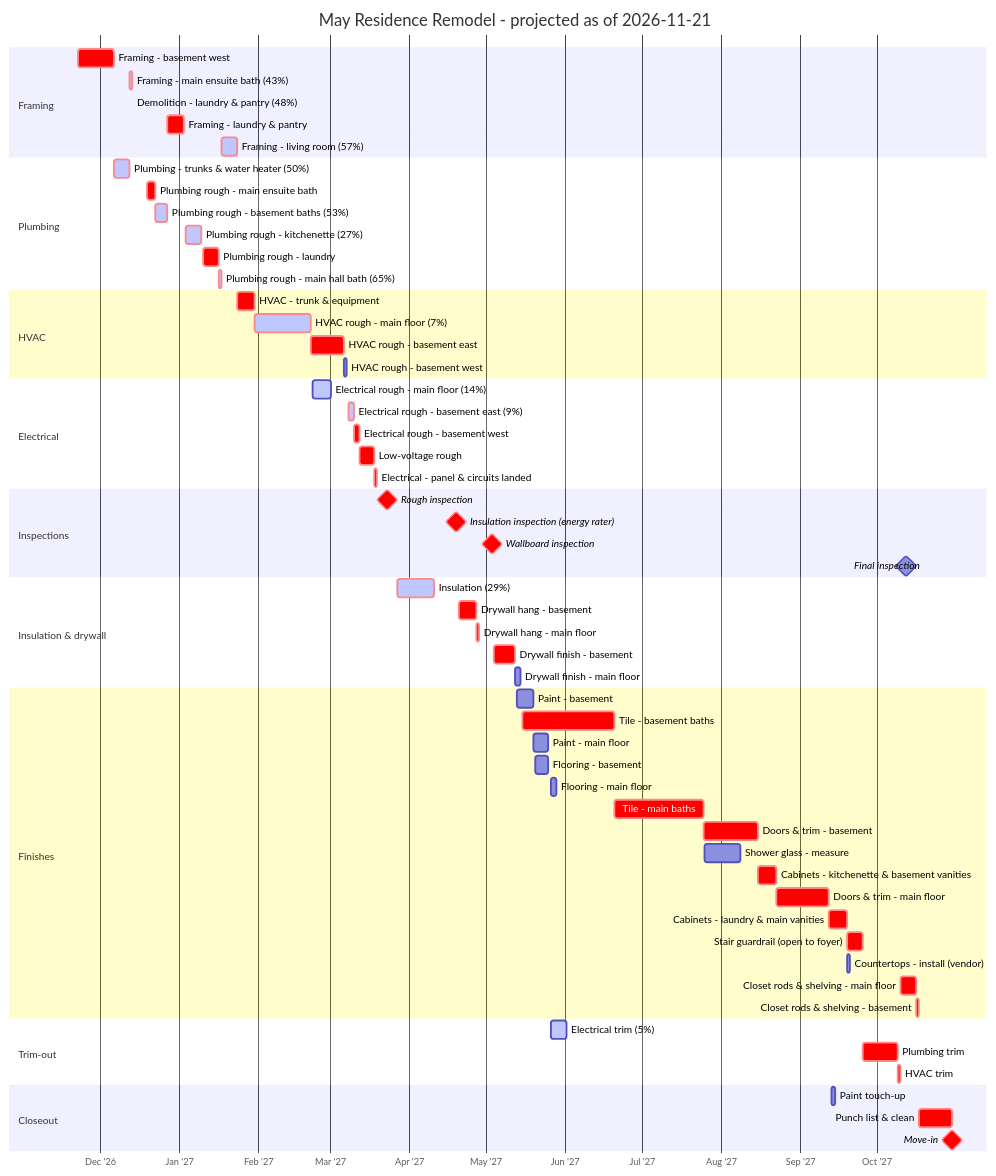
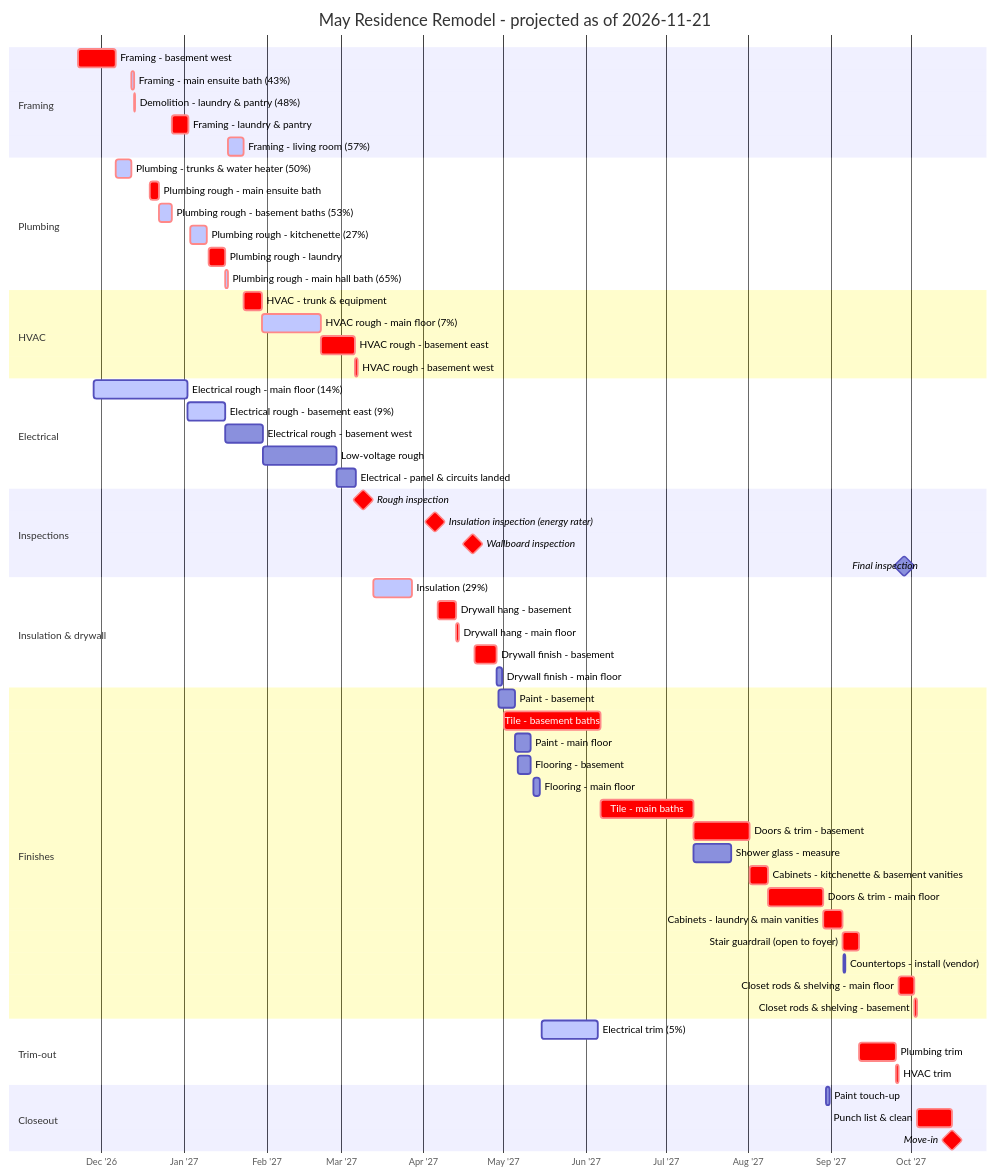
One commit to jsharkey/billings changed the diagram in SCHEDULE.md. Above: the diagram before and after it, drawn with Mermaid. The commit also changed other lines of this file and 2 other files, not shown here.

First line of the commit message:
Electrician on Saturdays, rough-in running parallel to other trades

````diff
--- a/SCHEDULE.md
+++ b/SCHEDULE.md
@@ -17,67 +17,67 @@
 ```mermaid
 gantt
     title May Residence Remodel - projected as of 2026-11-21
     dateFormat YYYY-MM-DD HH:mm
     axisFormat %b '%y
     tickInterval 1month
     todayMarker off
     section Framing
     Framing - basement west :crit, fram_bsmt_west, 2026-11-22 08:00, 2026-12-06 08:24
     Framing - main ensuite bath (43%) :active, crit, fram_main_s_bath, 2026-12-12 12:24, 2026-12-13 10:48
     Demolition - laundry & pantry (48%) :active, crit, demo_main_laundry, 2026-12-13 10:48, 2026-12-13 16:00
     Framing - laundry & pantry :crit, fram_main_laundry, 2026-12-27 10:00, 2027-01-02 16:00
     Framing - living room (57%) :active, crit, fram_main_living, 2027-01-17 13:00, 2027-01-23 12:12
     section Plumbing
     Plumbing - trunks & water heater (50%) :active, crit, plum_house, 2026-12-06 08:24, 2026-12-12 12:24
     Plumbing rough - main ensuite bath :crit, plum_main_s_bath, 2026-12-19 08:00, 2026-12-22 14:00
     Plumbing rough - basement baths (53%) :active, crit, plum_bsmt_baths, 2026-12-22 14:00, 2026-12-27 10:00
     Plumbing rough - kitchenette (27%) :active, crit, plum_bsmt_kitchenette, 2027-01-03 08:00, 2027-01-09 16:00
     Plumbing rough - laundry :crit, plum_main_laundry, 2027-01-10 08:00, 2027-01-16 12:00
     Plumbing rough - main hall bath (65%) :active, crit, plum_main_n_bath, 2027-01-16 12:00, 2027-01-17 13:00
     section HVAC
     HVAC - trunk & equipment :crit, hvac_house, 2027-01-23 12:12, 2027-01-30 12:12
     HVAC rough - main floor (7%) :active, crit, hvac_main, 2027-01-30 12:12, 2027-02-21 12:12
     HVAC rough - basement east :crit, hvac_bsmt_east, 2027-02-21 12:12, 2027-03-06 12:12
-    HVAC rough - basement west :hvac_bsmt_west, 2027-03-06 12:12, 2027-03-07 12:12
+    HVAC rough - basement west :crit, hvac_bsmt_west, 2027-03-06 12:12, 2027-03-07 12:12
     section Electrical
-    Electrical rough - main floor (14%) :active, elec_main, 2027-02-22 08:00, 2027-03-01 08:34
-    Electrical rough - basement east (9%) :active, crit, elec_bsmt_east, 2027-03-08 08:00, 2027-03-10 12:48
-    Electrical rough - basement west :crit, elec_bsmt_west, 2027-03-10 12:48, 2027-03-12 15:12
-    Low-voltage rough :crit, lowv_all, 2027-03-12 15:12, 2027-03-18 09:12
-    Electrical - panel & circuits landed :crit, elec_panel, 2027-03-18 09:12, 2027-03-19 13:12
+    Electrical rough - main floor (14%) :active, elec_main, 2026-11-28 08:00, 2027-01-02 08:34
+    Electrical rough - basement east (9%) :active, elec_bsmt_east, 2027-01-02 08:34, 2027-01-16 13:22
+    Electrical rough - basement west :elec_bsmt_west, 2027-01-16 13:22, 2027-01-30 15:46
+    Low-voltage rough :lowv_all, 2027-01-30 15:46, 2027-02-27 09:46
+    Electrical - panel & circuits landed :elec_panel, 2027-02-27 09:46, 2027-03-06 13:46
     section Inspections
-    Rough inspection :milestone, crit, insp_rough, 2027-03-23 12:00, 0d
-    Insulation inspection (energy rater) :milestone, crit, insp_insl, 2027-04-19 12:00, 0d
-    Wallboard inspection :milestone, crit, insp_board, 2027-05-03 12:00, 0d
-    Final inspection :milestone, insp_final, 2027-10-12 12:00, 0d
+    Rough inspection :milestone, crit, insp_rough, 2027-03-09 12:00, 0d
+    Insulation inspection (energy rater) :milestone, crit, insp_insl, 2027-04-05 12:00, 0d
+    Wallboard inspection :milestone, crit, insp_board, 2027-04-19 12:00, 0d
+    Final inspection :milestone, insp_final, 2027-09-28 12:00, 0d
     section Insulation & drywall
-    Insulation (29%) :active, crit, insl_all, 2027-03-27 08:00, 2027-04-10 16:00
-    Drywall hang - basement :crit, dryw_hang_bsmt, 2027-04-20 08:00, 2027-04-27 08:29
-    Drywall hang - main floor :crit, dryw_hang_main, 2027-04-27 08:29, 2027-04-28 11:53
-    Drywall finish - basement :crit, dryw_fin_bsmt, 2027-05-04 08:00, 2027-05-12 09:26
-    Drywall finish - main floor :dryw_fin_main, 2027-05-12 09:26, 2027-05-14 15:02
+    Insulation (29%) :active, crit, insl_all, 2027-03-13 08:00, 2027-03-27 16:00
+    Drywall hang - basement :crit, dryw_hang_bsmt, 2027-04-06 08:00, 2027-04-13 08:29
+    Drywall hang - main floor :crit, dryw_hang_main, 2027-04-13 08:29, 2027-04-14 11:53
+    Drywall finish - basement :crit, dryw_fin_bsmt, 2027-04-20 08:00, 2027-04-28 09:26
+    Drywall finish - main floor :dryw_fin_main, 2027-04-28 09:26, 2027-04-30 15:02
     section Finishes
-    Paint - basement :pant_bsmt, 2027-05-13 08:00, 2027-05-19 12:00
-    Tile - basement baths :crit, tile_bsmt_baths, 2027-05-15 08:00, 2027-06-20 12:00
-    Paint - main floor :pant_main, 2027-05-19 12:00, 2027-05-25 11:19
-    Flooring - basement :flor_bsmt, 2027-05-20 08:00, 2027-05-25 12:10
-    Flooring - main floor :flor_main, 2027-05-26 08:00, 2027-05-28 15:22
-    Tile - main baths :crit, tile_main_baths, 2027-06-20 12:00, 2027-07-25 10:00
-    Doors & trim - basement :crit, trim_bsmt, 2027-07-25 10:00, 2027-08-15 11:26
-    Shower glass - measure :glas_showers, 2027-07-25 16:00, 2027-08-08 16:00
-    Cabinets - kitchenette & basement vanities :crit, cabs_bsmt, 2027-08-15 11:26, 2027-08-22 15:26
-    Doors & trim - main floor :crit, trim_main, 2027-08-22 15:26, 2027-09-12 09:12
-    Cabinets - laundry & main vanities :crit, cabs_main, 2027-09-12 09:12, 2027-09-19 09:12
-    Stair guardrail (open to foyer) :crit, rail_stair, 2027-09-19 09:12, 2027-09-25 13:12
-    Countertops - install (vendor) :ctop_install, 2027-09-19 16:00, 2027-09-20 16:00
-    Closet rods & shelving - main floor :crit, clos_main, 2027-10-10 10:11, 2027-10-16 14:11
-    Closet rods & shelving - basement :crit, clos_bsmt, 2027-10-16 14:11, 2027-10-17 14:11
+    Paint - basement :pant_bsmt, 2027-04-29 08:00, 2027-05-05 12:00
+    Tile - basement baths :crit, tile_bsmt_baths, 2027-05-01 08:00, 2027-06-06 12:00
+    Paint - main floor :pant_main, 2027-05-05 12:00, 2027-05-11 11:19
+    Flooring - basement :flor_bsmt, 2027-05-06 08:00, 2027-05-11 12:10
+    Flooring - main floor :flor_main, 2027-05-12 08:00, 2027-05-14 15:22
+    Tile - main baths :crit, tile_main_baths, 2027-06-06 12:00, 2027-07-11 10:00
+    Doors & trim - basement :crit, trim_bsmt, 2027-07-11 10:00, 2027-08-01 11:26
+    Shower glass - measure :glas_showers, 2027-07-11 16:00, 2027-07-25 16:00
+    Cabinets - kitchenette & basement vanities :crit, cabs_bsmt, 2027-08-01 11:26, 2027-08-08 15:26
+    Doors & trim - main floor :crit, trim_main, 2027-08-08 15:26, 2027-08-29 09:12
+    Cabinets - laundry & main vanities :crit, cabs_main, 2027-08-29 09:12, 2027-09-05 09:12
+    Stair guardrail (open to foyer) :crit, rail_stair, 2027-09-05 09:12, 2027-09-11 13:12
+    Countertops - install (vendor) :ctop_install, 2027-09-05 16:00, 2027-09-06 16:00
+    Closet rods & shelving - main floor :crit, clos_main, 2027-09-26 10:11, 2027-10-02 14:11
+    Closet rods & shelving - basement :crit, clos_bsmt, 2027-10-02 14:11, 2027-10-03 14:11
     section Trim-out
-    Electrical trim (5%) :active, elec_trim, 2027-05-26 08:00, 2027-06-01 13:46
-    Plumbing trim :crit, plum_trim, 2027-09-25 13:12, 2027-10-09 09:12
-    HVAC trim :crit, hvac_trim, 2027-10-09 09:12, 2027-10-10 10:11
+    Electrical trim (5%) :active, elec_trim, 2027-05-15 08:00, 2027-06-05 13:46
+    Plumbing trim :crit, plum_trim, 2027-09-11 13:12, 2027-09-25 09:12
+    HVAC trim :crit, hvac_trim, 2027-09-25 09:12, 2027-09-26 10:11
     section Closeout
-    Paint touch-up :pant_touchup, 2027-09-13 08:00, 2027-09-14 16:00
-    Punch list & clean :crit, punch_clean, 2027-10-17 14:11, 2027-10-30 14:11
-    Move-in :milestone, crit, mile_movein, 2027-10-30 14:11, 0d
+    Paint touch-up :pant_touchup, 2027-08-30 08:00, 2027-08-31 16:00
+    Punch list & clean :crit, punch_clean, 2027-10-03 14:11, 2027-10-16 14:11
+    Move-in :milestone, crit, mile_movein, 2027-10-16 14:11, 0d
 ```
````
